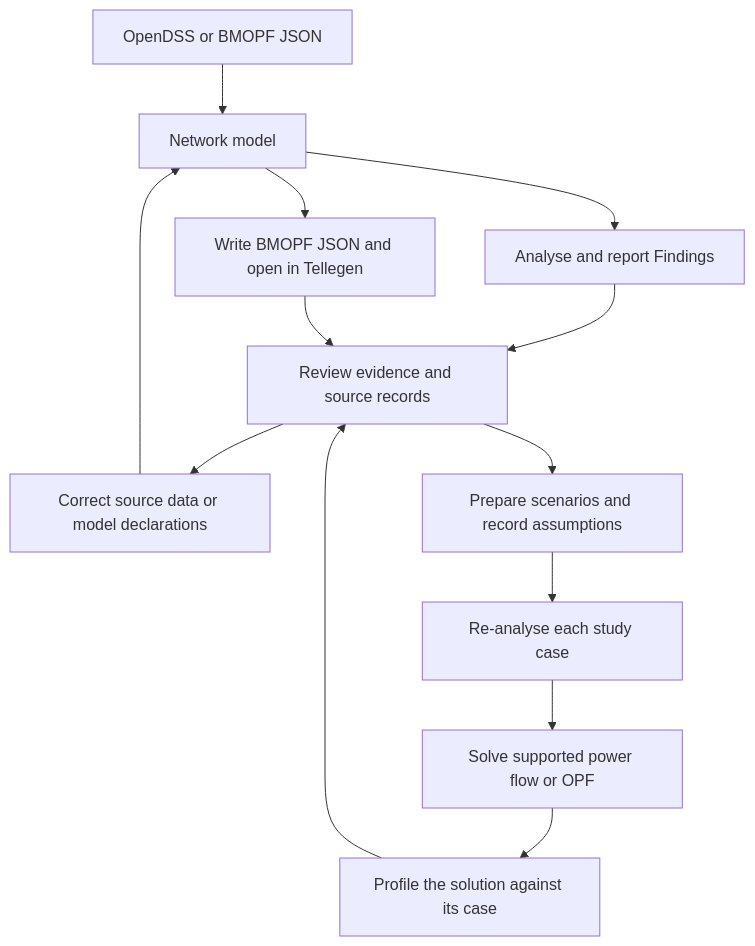
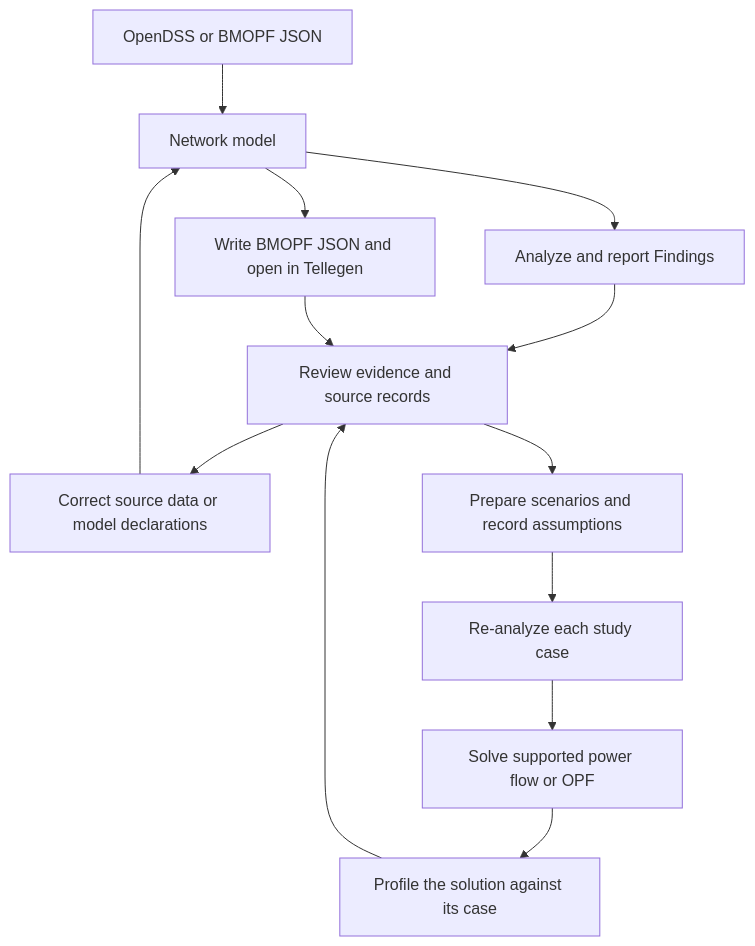
The diagram in README.md (frederikgeth/BMOPFTools.jl), drawn with Mermaid before and after one commit. The commit also changed other lines of this file and 276 other files, not shown here.

````diff
--- a/README.md
+++ b/README.md
@@ -85,15 +85,15 @@
 ```mermaid
 flowchart TD
     input[OpenDSS or BMOPF JSON] --> model[Network model]
-    model --> analysis[Analyse and report Findings]
+    model --> analysis[Analyze and report Findings]
     model --> view[Write BMOPF JSON and open in Tellegen]
     analysis --> review[Review evidence and source records]
     view --> review
     review --> correction[Correct source data or model declarations]
     correction --> model
     review --> study[Prepare scenarios and record assumptions]
-    study --> recheck[Re-analyse each study case]
+    study --> recheck[Re-analyze each study case]
     recheck --> solve[Solve supported power flow or OPF]
     solve --> verify[Profile the solution against its case]
     verify --> review
 ```
````
